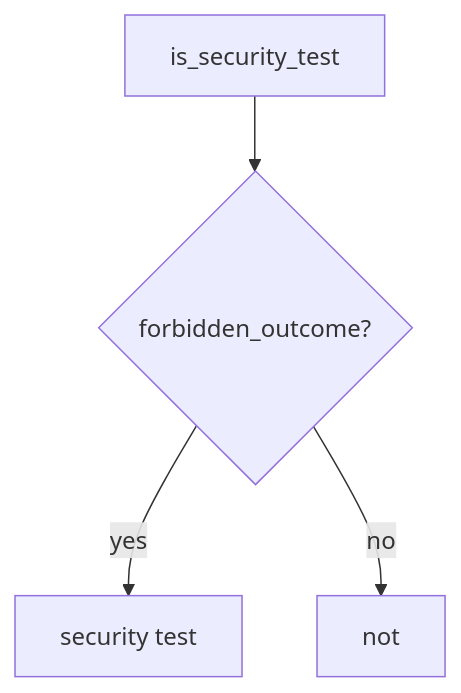
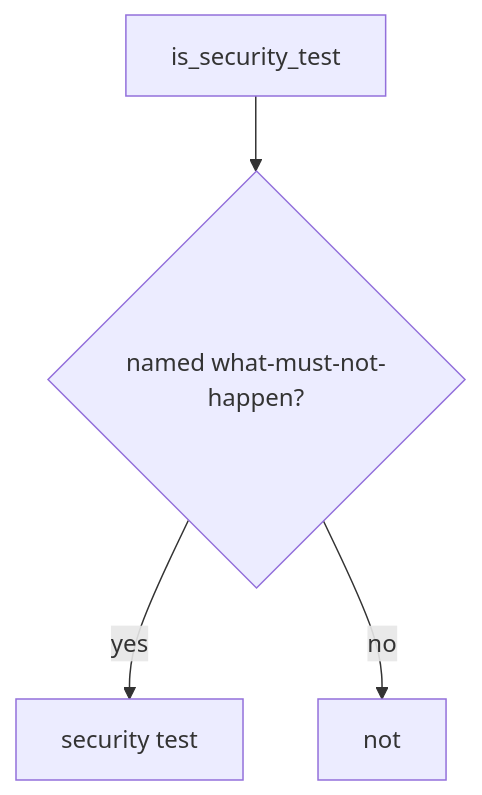
Before and after one commit to ishitvagoel/LearnSecurity: the diagram in content/modules/9/9.3/lessons/04-build.md, drawn with Mermaid. The commit also changed other lines of this file and 39 other files, not shown here.

````diff
--- a/content/modules/9/9.3/lessons/04-build.md
+++ b/content/modules/9/9.3/lessons/04-build.md
@@ -15,6 +16,6 @@
 ```mermaid
 flowchart TD
-  Call[is_security_test] --> Fo{forbidden_outcome?}
+  Call[is_security_test] --> Fo{named what-must-not-happen?}
   Fo -->|yes| Allow[security test]
   Fo -->|no| Deny[not]
 ```
````
